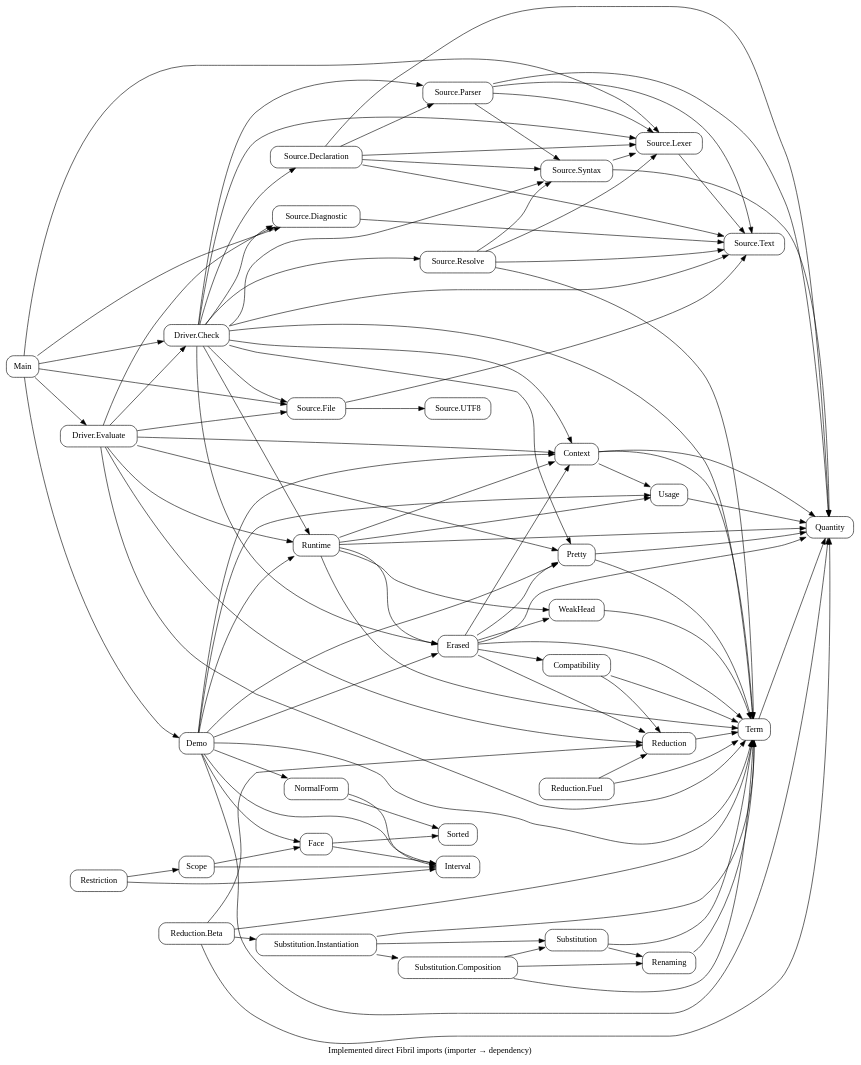
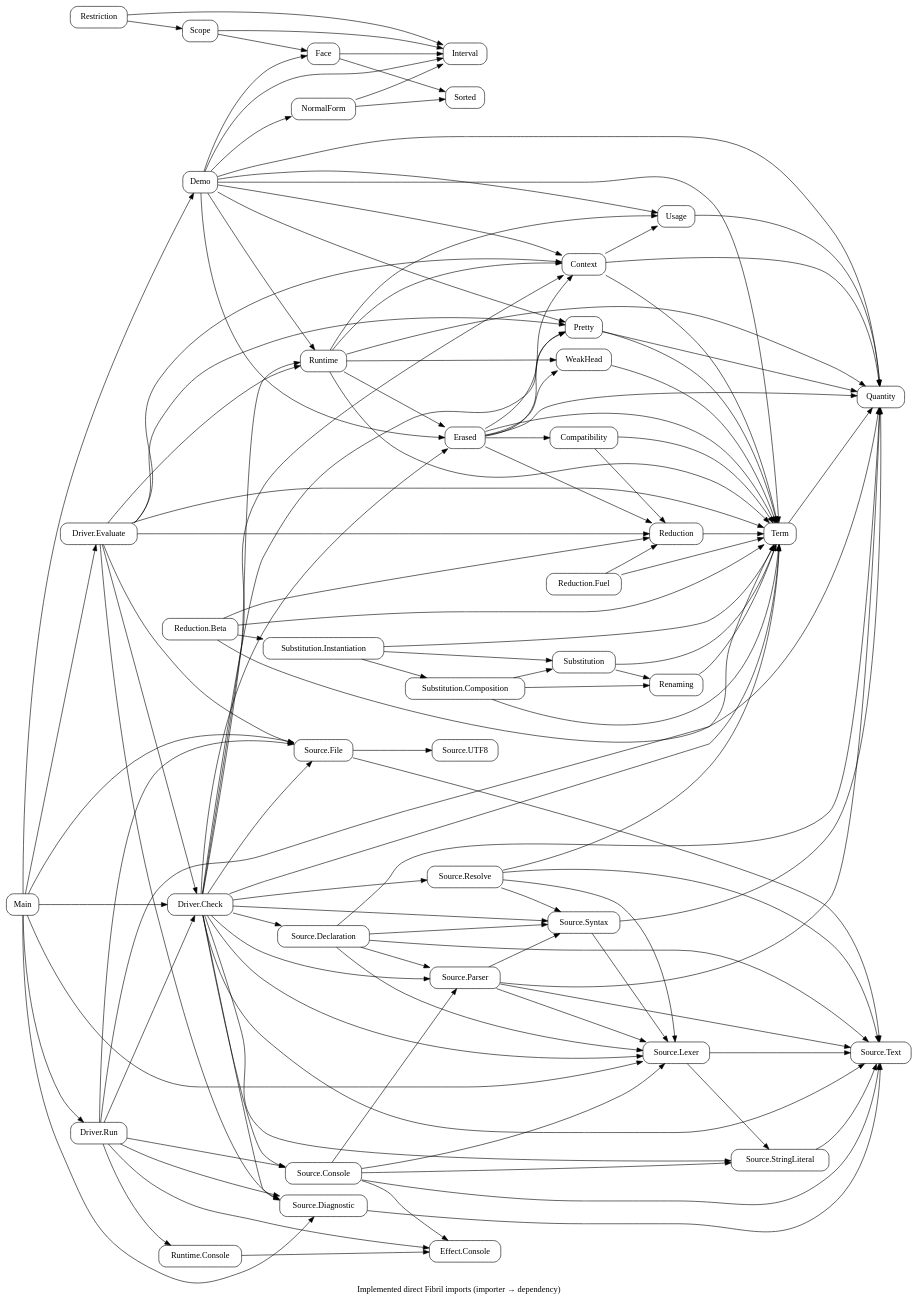
One commit to odunboye/fibril changed the diagram in docs/diagrams/modules.dot. Above: the diagram before and after it, drawn with Graphviz. The commit also changed 34 other files, not shown here.

Commit message:
Run hello world through a validated hosted console entry profile

```diff
--- a/docs/diagrams/modules.dot
+++ b/docs/diagrams/modules.dot
@@ -1,32 +1,36 @@
 digraph Modules {
 rankdir=LR; node [shape=box,style=rounded];
 "Source.File" -> {"Source.UTF8" "Source.Text"};
 Main -> {"Source.File" "Source.Lexer" "Source.Diagnostic"};
 "Source.Diagnostic" -> "Source.Text";
 "Source.Declaration" -> {Quantity "Source.Text" "Source.Lexer" "Source.Syntax" "Source.Parser"};
-"Source.Lexer" -> "Source.Text";
+"Source.Lexer" -> {"Source.Text" "Source.StringLiteral"};
+"Source.StringLiteral" -> "Source.Text";
+"Source.Console" -> {"Effect.Console" "Source.Text" "Source.Lexer" "Source.StringLiteral" "Source.Parser"};
+"Runtime.Console" -> "Effect.Console";
+"Driver.Run" -> {Term "Source.File" "Source.Console" "Source.Diagnostic" "Effect.Console" "Runtime.Console" "Driver.Check"};
 "Source.Syntax" -> {Quantity "Source.Lexer"};
 "Source.Parser" -> {Quantity "Source.Text" "Source.Lexer" "Source.Syntax"};
 "Source.Resolve" -> {Term "Source.Text" "Source.Lexer" "Source.Syntax"};
-"Driver.Check" -> {"Source.Text" "Source.Lexer" "Source.Syntax" "Source.Parser" "Source.Declaration" "Source.Resolve" "Source.File" "Source.Diagnostic" Term Context Pretty Erased Runtime};
-Main -> {"Driver.Check" "Driver.Evaluate"};
+"Driver.Check" -> {"Source.Text" "Source.Lexer" "Source.Syntax" "Source.Parser" "Source.Declaration" "Source.Console" "Source.StringLiteral" "Source.Resolve" "Source.File" "Source.Diagnostic" Term Context Pretty Erased Runtime};
+Main -> {"Driver.Check" "Driver.Evaluate" "Driver.Run"};
 "Driver.Evaluate" -> {Context Term Pretty Reduction Runtime "Source.File" "Source.Diagnostic" "Driver.Check"};
 Quantity; Interval; NormalForm; Face; Scope; Restriction; Term;
 NormalForm -> {Interval Sorted}; Face -> {Interval Sorted};
 Scope -> {Interval Face}; Restriction -> {Interval Scope};
 Demo -> {Quantity Term Context Usage Pretty Erased Runtime Interval NormalForm Face};
 Main -> Demo;
 Pretty -> {Quantity Term};
 Term -> Quantity; Usage -> Quantity; Context -> {Quantity Term Usage};
 Reduction -> Term; WeakHead -> Term;
 Compatibility -> {Term Reduction};
 Renaming -> Term;
 Substitution -> {Term Renaming};
 "Substitution.Composition" -> {Term Renaming Substitution};
 "Substitution.Instantiation" -> {Term Substitution "Substitution.Composition"};
 "Reduction.Beta" -> {Quantity Term Reduction "Substitution.Instantiation"};
 "Reduction.Fuel" -> {Term Reduction};
 Erased -> {Quantity Term Pretty Context Compatibility WeakHead Reduction};
 Runtime -> {Quantity Term Context Usage WeakHead Erased};
 label="Implemented direct Fibril imports (importer → dependency)";
 }
```
